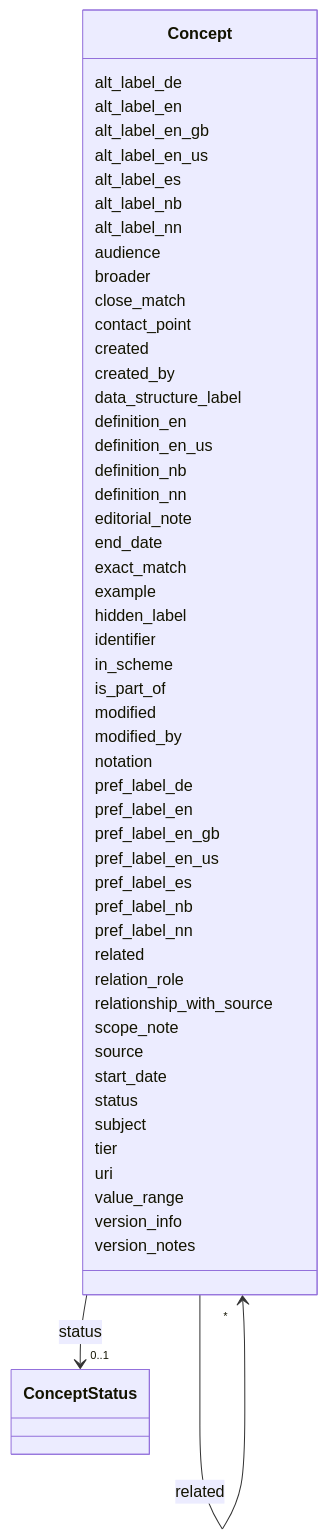
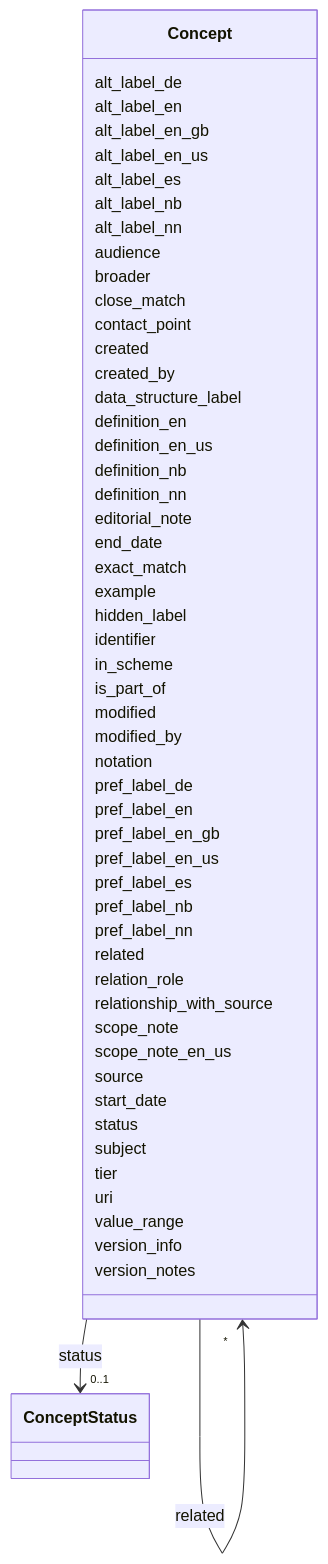
Before and after one commit to UteBroenner/skos-from-pdf-via-excel: the diagram in schema/generated/docs/Concept.md, drawn with Mermaid. The commit also changed other lines of this file and 19 other files, not shown here.

First line of the commit message:
Scope notes document label clashes by naming the other concept (VT-LABEL-NOTED); scopeNote@en-US column

```diff
--- a/schema/generated/docs/Concept.md
+++ b/schema/generated/docs/Concept.md
@@ -131,6 +131,8 @@
         
       Concept : scope_note
         
+      Concept : scope_note_en_us
+        
       Concept : source
         
       Concept : start_date
```
